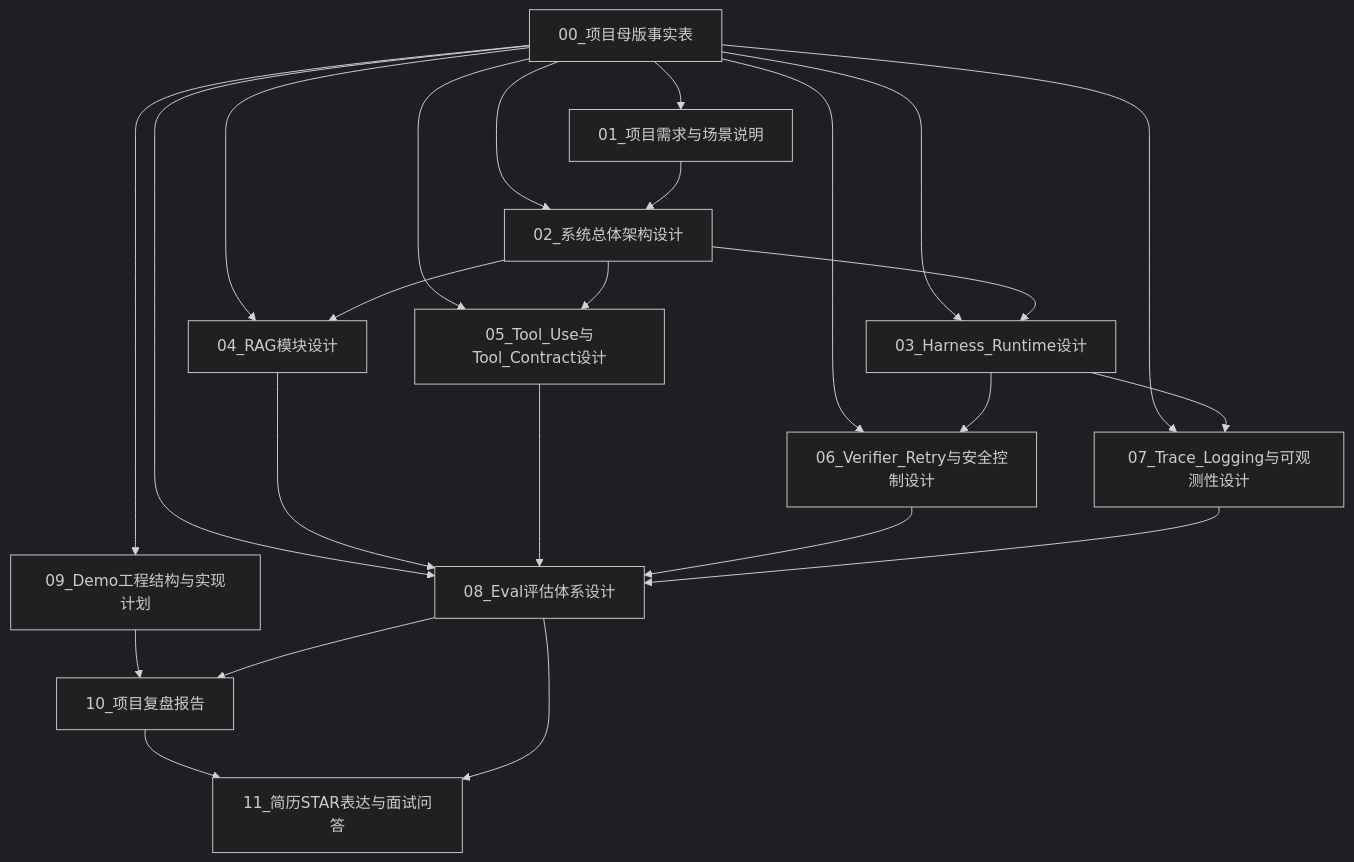
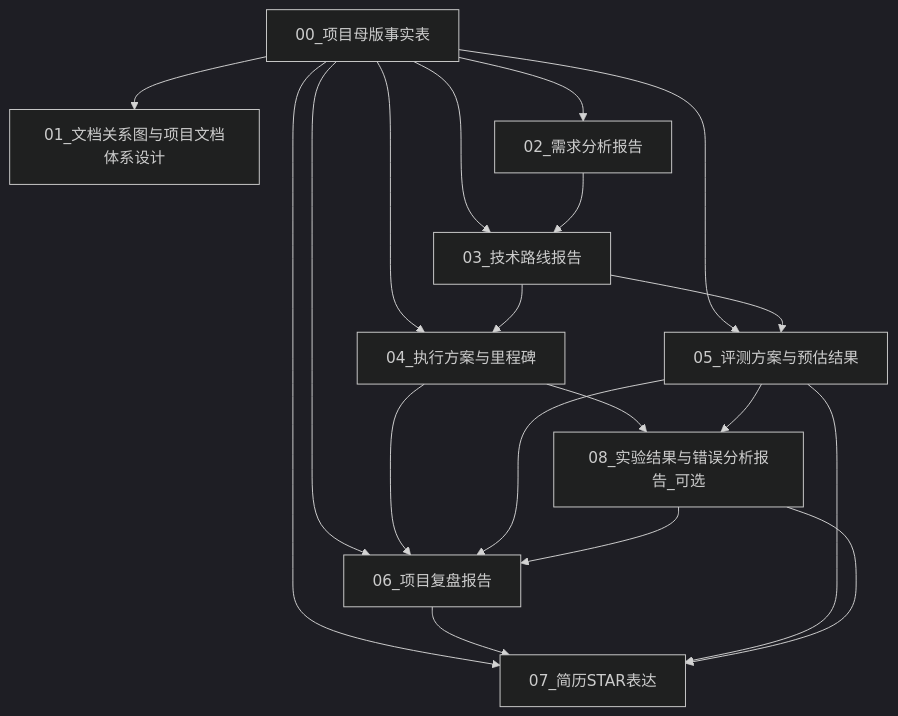
The diagram in doc/1文档关系图.md (bloomedcherry/agentic-RAG), drawn with Mermaid (dark theme) before and after one commit. The commit also changed other lines of this file and 1 other file, not shown here.

````diff
--- a/doc/1文档关系图.md
+++ b/doc/1文档关系图.md
@@ -19,27 +64,23 @@
 ```mermaid
 graph TD
-    A[00_项目母版事实表] --> B[01_项目需求与场景说明]
-    A --> C[02_系统总体架构设计]
-    A --> D[03_Harness_Runtime设计]
-    A --> E[04_RAG模块设计]
-    A --> F[05_Tool_Use与Tool_Contract设计]
-    A --> G[06_Verifier_Retry与安全控制设计]
-    A --> H[07_Trace_Logging与可观测性设计]
-    A --> I[08_Eval评估体系设计]
-    A --> J[09_Demo工程结构与实现计划]
+    A[00_项目母版事实表] --> B[01_文档关系图与项目文档体系设计]
+    A --> C[02_需求分析报告]
+    A --> D[03_技术路线报告]
+    A --> E[04_执行方案与里程碑]
+    A --> F[05_评测方案与预估结果]
+    A --> G[06_项目复盘报告]
+    A --> H[07_简历STAR表达]
 
-    B --> C
     C --> D
-    C --> E
-    C --> F
-    D --> G
-    D --> H
-    E --> I
+    D --> E
+    D --> F
+    E --> G
+    F --> G
+    G --> H
+    F --> H
+
+    E --> I[08_实验结果与错误分析报告_可选]
     F --> I
-    G --> I
-    H --> I
-    J --> K[10_项目复盘报告]
-    I --> K
-    K --> L[11_简历STAR表达与面试问答]
-    I --> L
+    I --> G
+    I --> H
 ```
````
